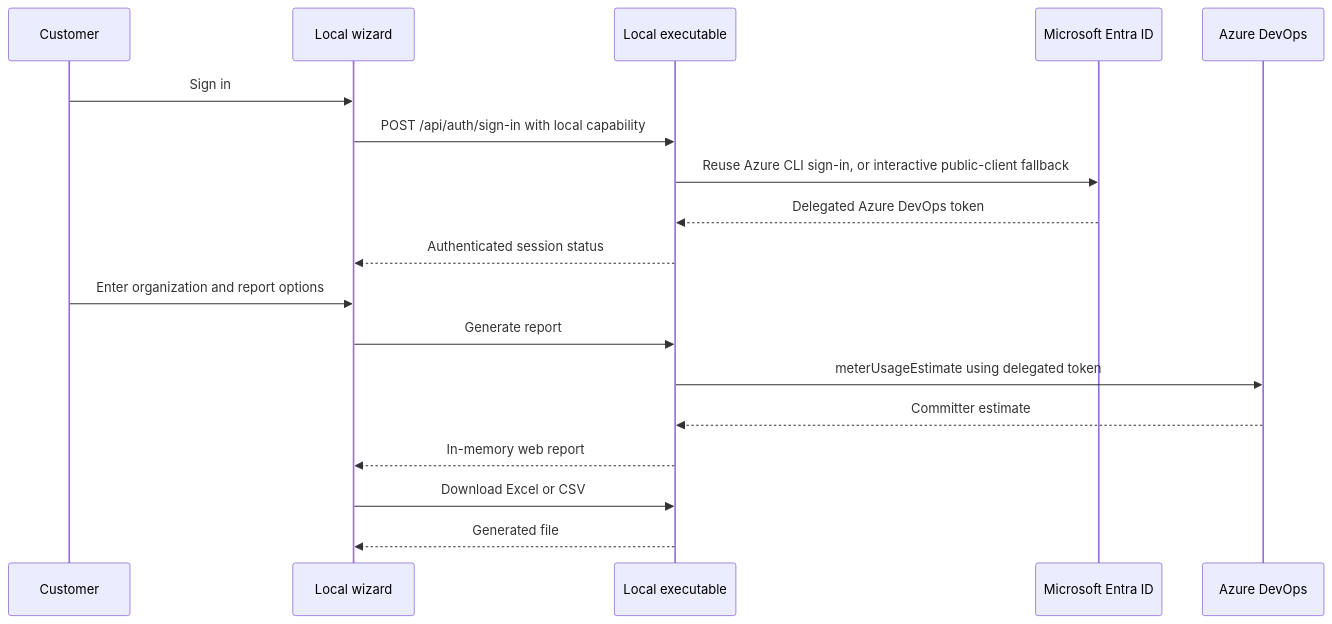
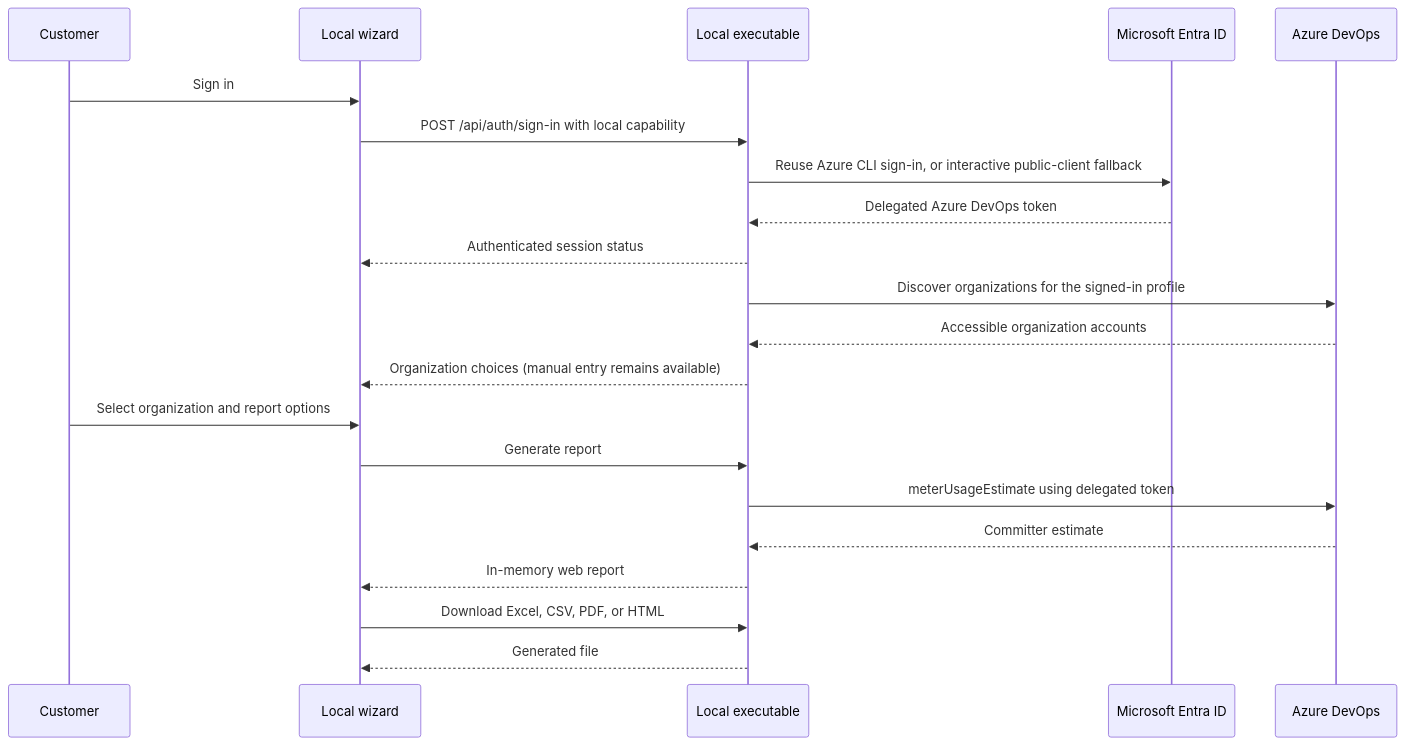
Before and after one commit to ninjapaw/committer-insights: the second of 3 diagrams in docs/ARCHITECTURE.md, drawn with Mermaid. The commit also changed other lines of this file and 74 other files, not shown here.

````diff
--- a/docs/ARCHITECTURE.md
+++ b/docs/ARCHITECTURE.md
@@ -28,21 +29,24 @@
 ```mermaid
 sequenceDiagram
   participant U as Customer
   participant W as Local wizard
   participant E as Local executable
   participant M as Microsoft Entra ID
   participant A as Azure DevOps
 
   U->>W: Sign in
   W->>E: POST /api/auth/sign-in with local capability
   E->>M: Reuse Azure CLI sign-in, or interactive public-client fallback
   M-->>E: Delegated Azure DevOps token
   E-->>W: Authenticated session status
-  U->>W: Enter organization and report options
+  E->>A: Discover organizations for the signed-in profile
+  A-->>E: Accessible organization accounts
+  E-->>W: Organization choices (manual entry remains available)
+  U->>W: Select organization and report options
   W->>E: Generate report
   E->>A: meterUsageEstimate using delegated token
   A-->>E: Committer estimate
   E-->>W: In-memory web report
-  W->>E: Download Excel or CSV
+  W->>E: Download Excel, CSV, PDF, or HTML
   E-->>W: Generated file
 ```
````
